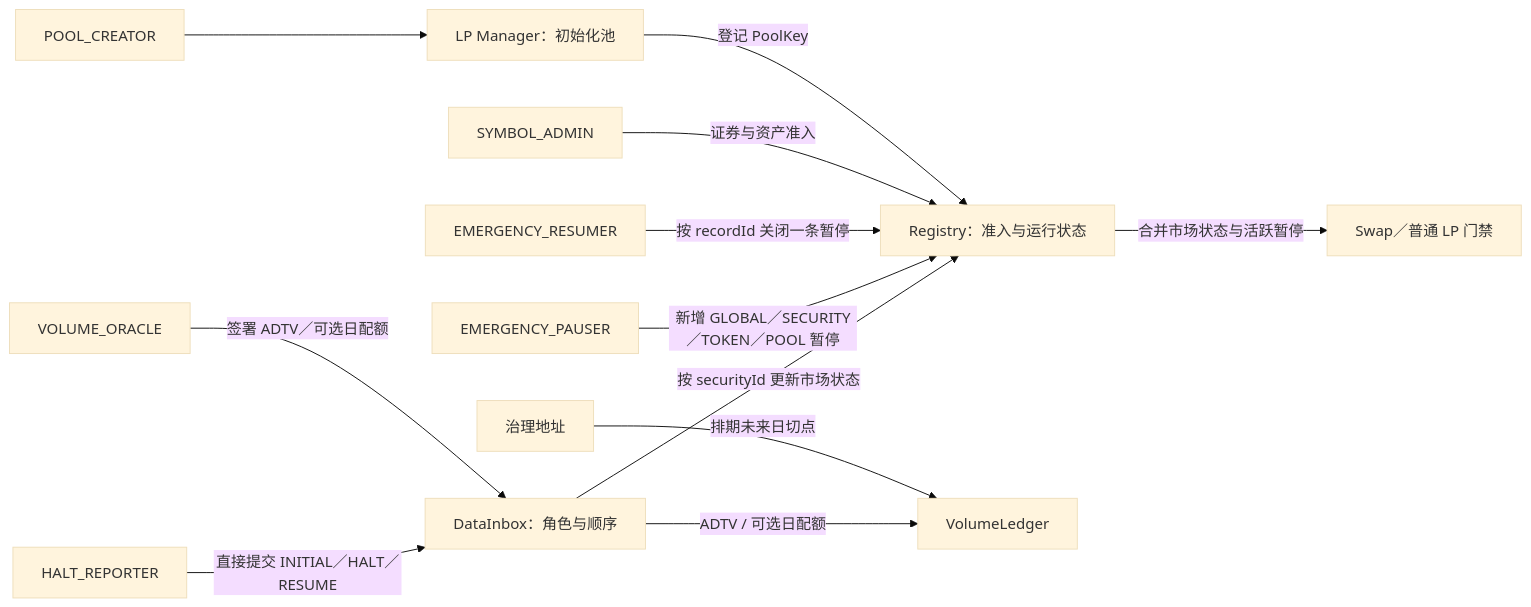
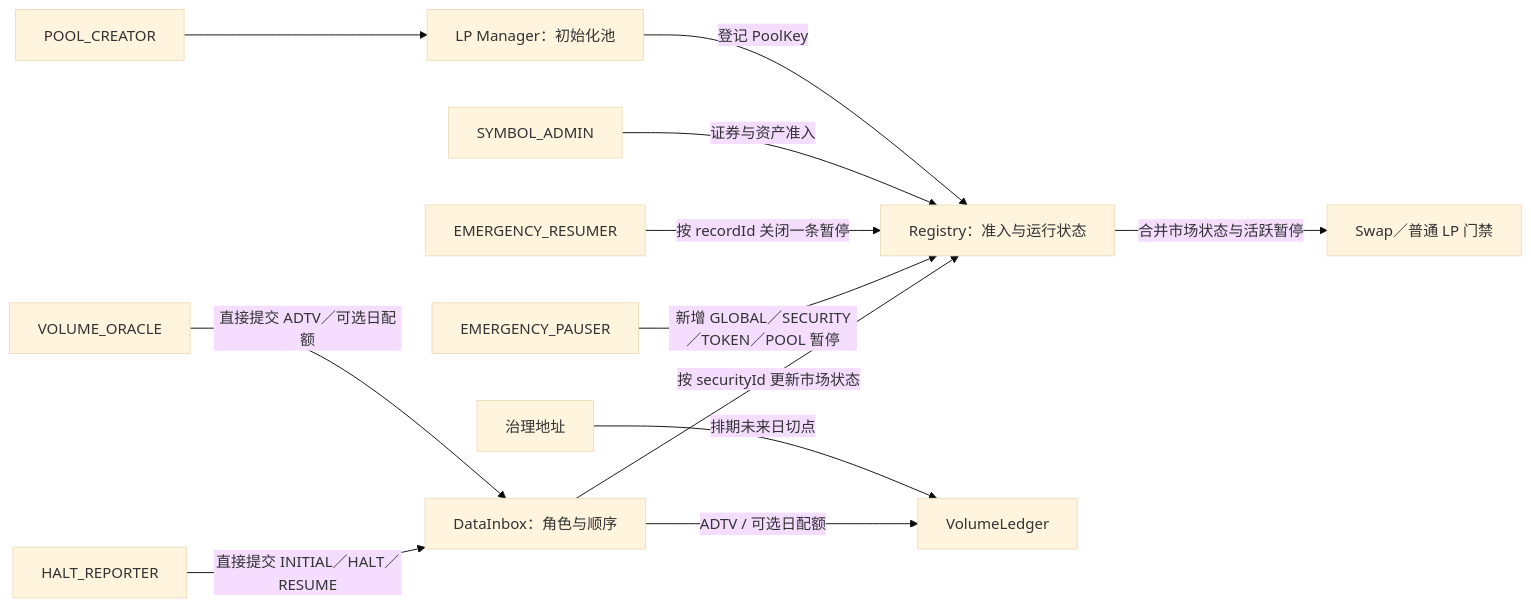
Before and after one commit to okx/tsv: the second of 4 diagrams in docs/CONTRACT_ARCHITECTURE.md, drawn with Mermaid (base theme). The commit also changed other lines of this file and 47 other files, not shown here.

````diff
--- a/docs/CONTRACT_ARCHITECTURE.md
+++ b/docs/CONTRACT_ARCHITECTURE.md
@@ -93,14 +93,14 @@
 ```mermaid
 flowchart LR
   HR["HALT_REPORTER"] -->|直接提交 INITIAL／HALT／RESUME| DI["DataInbox：角色与顺序"]
-  VO["VOLUME_ORACLE"] -->|签署 ADTV／可选日配额| DI
+  VO["VOLUME_ORACLE"] -->|直接提交 ADTV／可选日配额| DI
   DI -->|按 securityId 更新市场状态| RG["Registry：准入与运行状态"]
   DI -->|ADTV / 可选日配额| VL["VolumeLedger"]
   EP["EMERGENCY_PAUSER"] -->|新增 GLOBAL／SECURITY／TOKEN／POOL 暂停| RG
   ER["EMERGENCY_RESUMER"] -->|按 recordId 关闭一条暂停| RG
   RG -->|合并市场状态与活跃暂停| G["Swap／普通 LP 门禁"]
   GOV["治理地址"] -->|排期未来日切点| VL
   SA["SYMBOL_ADMIN"] -->|证券与资产准入| RG
   PC["POOL_CREATOR"] --> LP["LP Manager：初始化池"]
   LP -->|登记 PoolKey| RG
 ```
````
